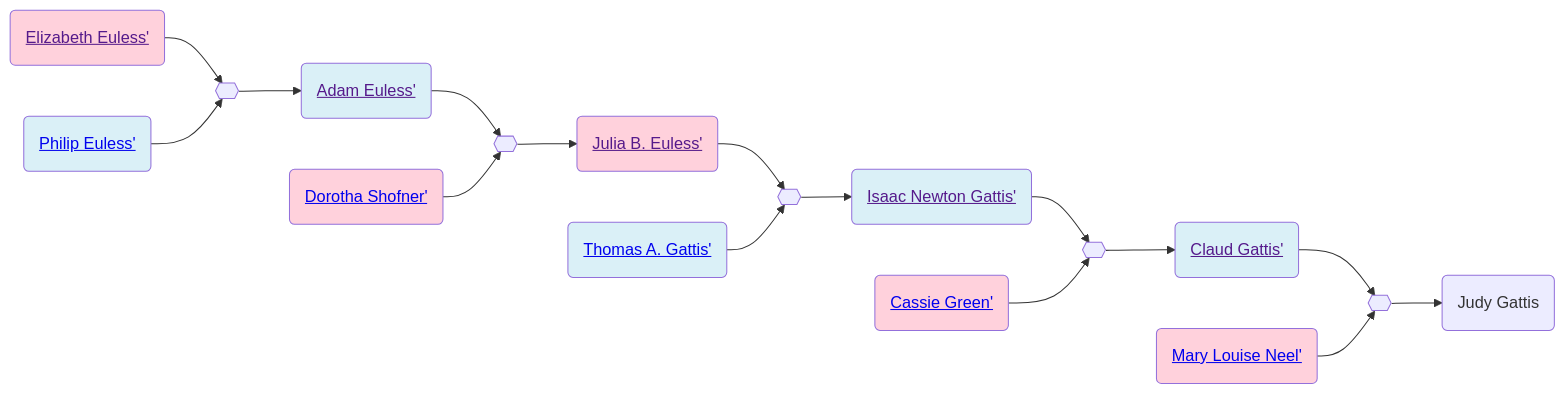
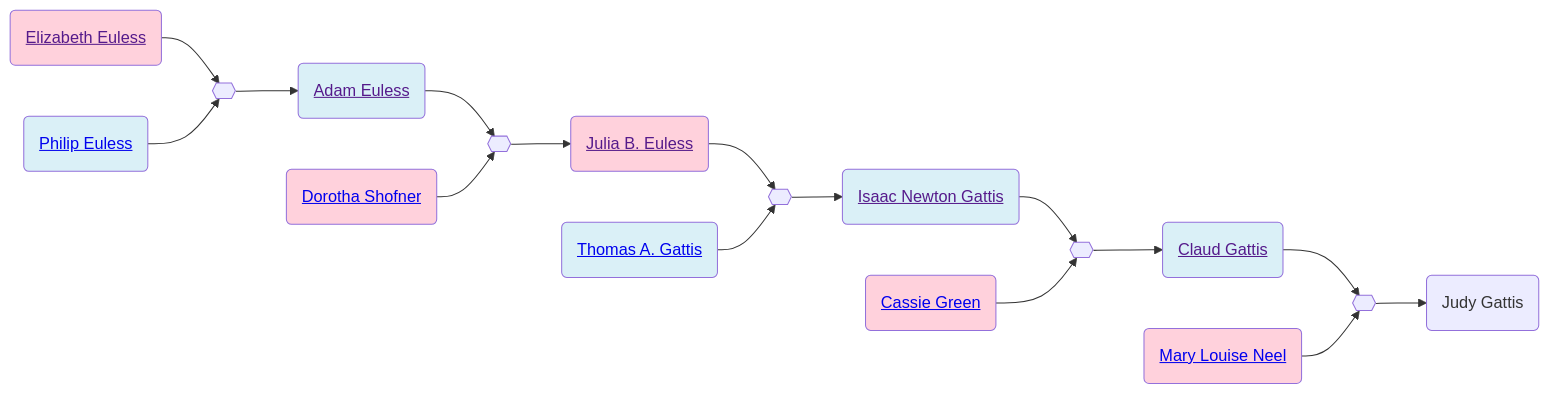
The diagram in familyhistory/sources/people/Gattis-line/Euless-line/Elizabeth_Euless.qmd (neelsmith/avocational), drawn with Mermaid before and after one commit. The commit also changed 96 other files, not shown here.

````diff
--- a/familyhistory/sources/people/Gattis-line/Euless-line/Elizabeth_Euless.qmd
+++ b/familyhistory/sources/people/Gattis-line/Euless-line/Elizabeth_Euless.qmd
@@ -26,38 +26,38 @@
 ```{mermaid}
 graph LR
 %% LR descendant diagram
 class Elizabeth_Euless_and_Philip_Euless marriage
-Elizabeth_Euless(<a href=''>Elizabeth Euless'</>) --> Elizabeth_Euless_and_Philip_Euless{{ }}
-Philip_Euless(<a href='./Philip_Euless.html'>Philip Euless'</>) --> Elizabeth_Euless_and_Philip_Euless{{ }}
+Elizabeth_Euless(<a href=''>Elizabeth Euless</a>) --> Elizabeth_Euless_and_Philip_Euless{{ }}
+Philip_Euless(<a href='./Philip_Euless.html'>Philip Euless</a>) --> Elizabeth_Euless_and_Philip_Euless{{ }}
 class Philip_Euless father
 class Elizabeth_Euless mother
-Elizabeth_Euless_and_Philip_Euless{{ }} --> Adam_Euless(<a href='./Adam_Euless.html'>Adam Euless'</>)
+Elizabeth_Euless_and_Philip_Euless{{ }} --> Adam_Euless(<a href='./Adam_Euless.html'>Adam Euless</a>)
 class Adam_Euless_and_Dorotha_Shofner marriage
-Adam_Euless(<a href=''>Adam Euless'</>) --> Adam_Euless_and_Dorotha_Shofner{{ }}
-Dorotha_Shofner(<a href='./Dorotha_Shofner.html'>Dorotha Shofner'</>) --> Adam_Euless_and_Dorotha_Shofner{{ }}
+Adam_Euless(<a href=''>Adam Euless</a>) --> Adam_Euless_and_Dorotha_Shofner{{ }}
+Dorotha_Shofner(<a href='./Dorotha_Shofner.html'>Dorotha Shofner</a>) --> Adam_Euless_and_Dorotha_Shofner{{ }}
 class Adam_Euless father
 class Dorotha_Shofner mother
-Adam_Euless_and_Dorotha_Shofner{{ }} --> Julia_B._Euless(<a href='./Julia_B._Euless.html'>Julia B. Euless'</>)
+Adam_Euless_and_Dorotha_Shofner{{ }} --> Julia_B._Euless(<a href='./Julia_B._Euless.html'>Julia B. Euless</a>)
 class Julia_B._Euless_and_Thomas_A._Gattis marriage
-Julia_B._Euless(<a href=''>Julia B. Euless'</>) --> Julia_B._Euless_and_Thomas_A._Gattis{{ }}
-Thomas_A._Gattis(<a href='./../Thomas_A._Gattis.html'>Thomas A. Gattis'</>) --> Julia_B._Euless_and_Thomas_A._Gattis{{ }}
+Julia_B._Euless(<a href=''>Julia B. Euless</a>) --> Julia_B._Euless_and_Thomas_A._Gattis{{ }}
+Thomas_A._Gattis(<a href='./../Thomas_A._Gattis.html'>Thomas A. Gattis</a>) --> Julia_B._Euless_and_Thomas_A._Gattis{{ }}
 class Thomas_A._Gattis father
 class Julia_B._Euless mother
-Julia_B._Euless_and_Thomas_A._Gattis{{ }} --> Isaac_Newton_Gattis(<a href='./../Isaac_Newton_Gattis.html'>Isaac Newton Gattis'</>)
+Julia_B._Euless_and_Thomas_A._Gattis{{ }} --> Isaac_Newton_Gattis(<a href='./../Isaac_Newton_Gattis.html'>Isaac Newton Gattis</a>)
 class Isaac_Newton_Gattis_and_Cassie_Green marriage
-Isaac_Newton_Gattis(<a href=''>Isaac Newton Gattis'</>) --> Isaac_Newton_Gattis_and_Cassie_Green{{ }}
-Cassie_Green(<a href='./Green-line/Cassie_Green.html'>Cassie Green'</>) --> Isaac_Newton_Gattis_and_Cassie_Green{{ }}
+Isaac_Newton_Gattis(<a href=''>Isaac Newton Gattis</a>) --> Isaac_Newton_Gattis_and_Cassie_Green{{ }}
+Cassie_Green(<a href='./Green-line/Cassie_Green.html'>Cassie Green</a>) --> Isaac_Newton_Gattis_and_Cassie_Green{{ }}
 class Isaac_Newton_Gattis father
 class Cassie_Green mother
-Isaac_Newton_Gattis_and_Cassie_Green{{ }} --> Claud_Gattis(<a href='./Claud_Gattis.html'>Claud Gattis'</>)
+Isaac_Newton_Gattis_and_Cassie_Green{{ }} --> Claud_Gattis(<a href='./Claud_Gattis.html'>Claud Gattis</a>)
 class Claud_Gattis_and_Mary_Louise_Neel marriage
-Claud_Gattis(<a href=''>Claud Gattis'</>) --> Claud_Gattis_and_Mary_Louise_Neel{{ }}
-Mary_Louise_Neel(<a href='./../Neel-line/Mary_Louise_Neel.html'>Mary Louise Neel'</>) --> Claud_Gattis_and_Mary_Louise_Neel{{ }}
+Claud_Gattis(<a href=''>Claud Gattis</a>) --> Claud_Gattis_and_Mary_Louise_Neel{{ }}
+Mary_Louise_Neel(<a href='./../Neel-line/Mary_Louise_Neel.html'>Mary Louise Neel</a>) --> Claud_Gattis_and_Mary_Louise_Neel{{ }}
 class Claud_Gattis father
 class Mary_Louise_Neel mother
 Claud_Gattis_and_Mary_Louise_Neel{{ }} --> Judy_Gattis(Judy Gattis)
 classDef mother fill:#ffd1dc
 classDef father fill:#daf0f7  
 classDef marriage fill:#ffffff
 
 ```
````
